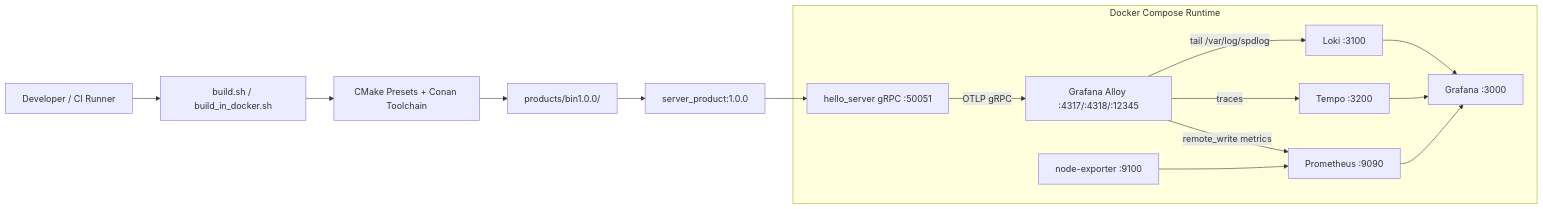
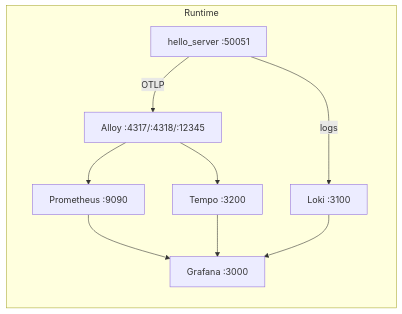
One commit to Twelfive5t/hello_server changed the diagram in README.md. Above: the diagram before and after it, drawn with Mermaid. The commit also changed other lines of this file, not shown here.

````diff
--- a/README.md
+++ b/README.md
@@ -31,27 +19,19 @@
 ```mermaid
 flowchart LR
-    Dev[Developer / CI Runner] --> Build[build.sh / build_in_docker.sh]
-    Build --> CMake[CMake Presets + Conan Toolchain]
-    CMake --> Artifact[products/bin1.0.0/]
-    Artifact --> Image[server_product:1.0.0]
-
-    subgraph Runtime[Docker Compose Runtime]
-        Service[hello_server gRPC :50051]
-        Alloy[Grafana Alloy :4317/:4318/:12345]
+    subgraph Runtime
+        Service[hello_server :50051]
+        Alloy[Alloy :4317/:4318/:12345]
         Prom[Prometheus :9090]
         Loki[Loki :3100]
         Tempo[Tempo :3200]
         Grafana[Grafana :3000]
-        NodeExp[node-exporter :9100]
     end
 
-    Image --> Service
-    Service -->|OTLP gRPC| Alloy
-    Alloy -->|remote_write metrics| Prom
-    Alloy -->|traces| Tempo
-    Alloy -->|tail /var/log/spdlog| Loki
-    NodeExp --> Prom
+    Service -->|OTLP| Alloy
+    Service -->|logs| Loki
+    Alloy --> Prom
+    Alloy --> Tempo
     Prom --> Grafana
     Loki --> Grafana
     Tempo --> Grafana
 ```
````
